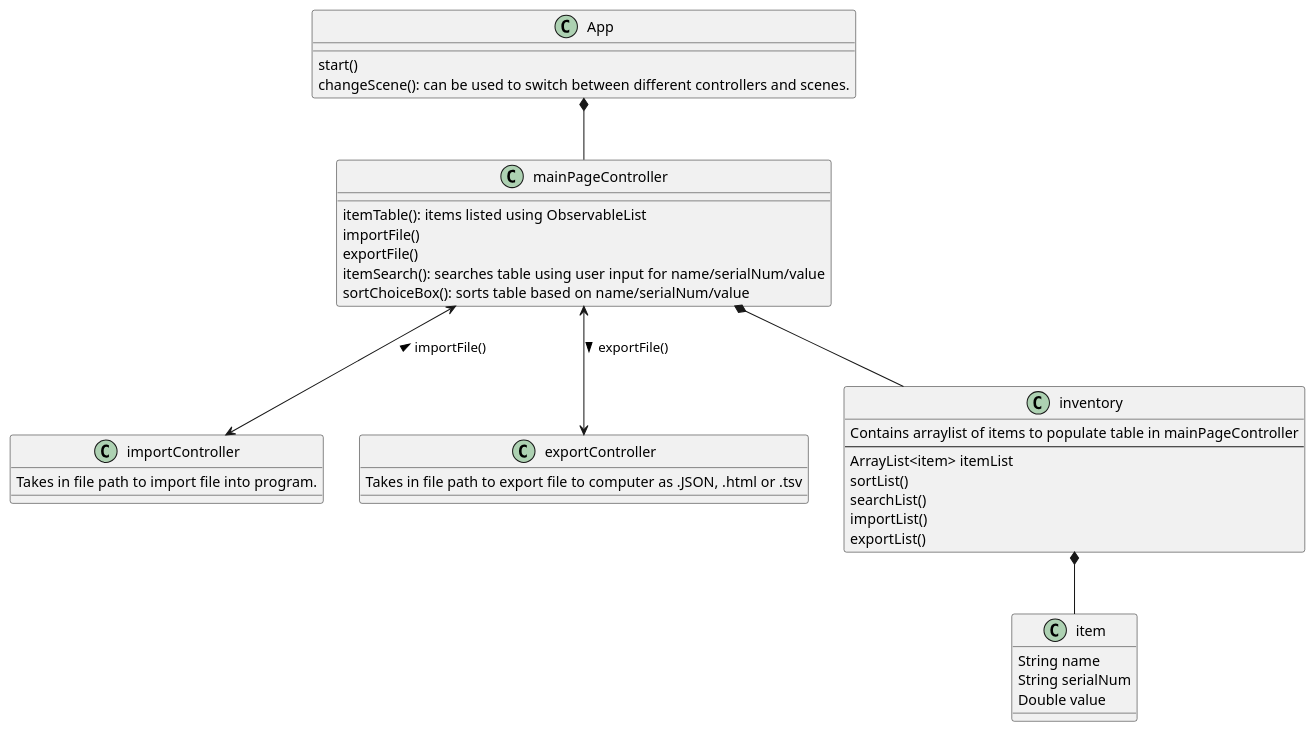
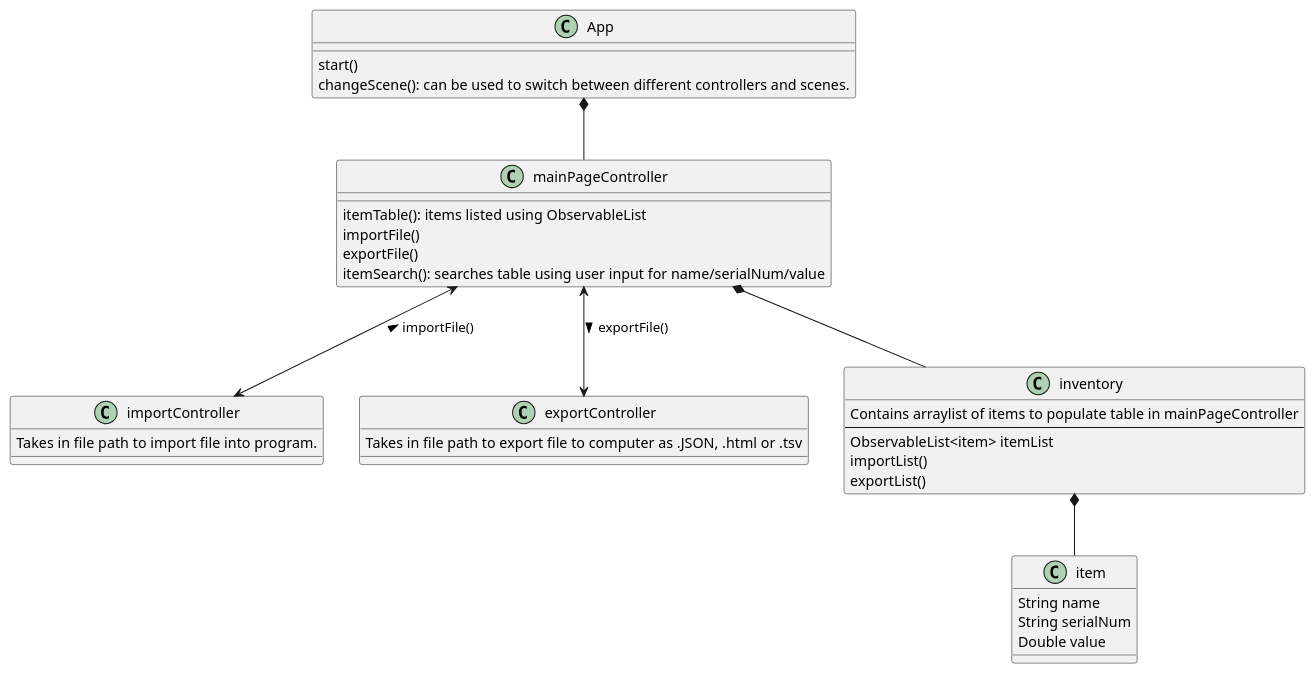
One commit to kh04p/phan-0479-a5 changed the diagram in src/uml/inventoryManagement.puml. Above: the diagram before and after it, drawn with PlantUML. The commit also changed 12 other files, not shown here.

```diff
--- a/src/uml/inventoryManagement.puml
+++ b/src/uml/inventoryManagement.puml
@@ -1,47 +1,44 @@
 @startuml
 class App {
 start()
 changeScene(): can be used to switch between different controllers and scenes.
 }
 
 App *-- mainPageController
 
 class mainPageController {
 itemTable(): items listed using ObservableList
 importFile()
 exportFile()
 itemSearch(): searches table using user input for name/serialNum/value
-sortChoiceBox(): sorts table based on name/serialNum/value
 }
 
 class importController {
 Takes in file path to import file into program.
 }
 
 class exportController {
 Takes in file path to export file to computer as .JSON, .html or .tsv
 }
 
 mainPageController <--> importController: importFile() <
 mainPageController <--> exportController: exportFile() >
 
 class item {
 String name
 String serialNum
 Double value
 }
 
 class inventory {
 Contains arraylist of items to populate table in mainPageController
 ---
-ArrayList<item> itemList
-sortList()
-searchList()
+ObservableList<item> itemList
 importList()
 exportList()
 }
 
 mainPageController *-- inventory
 inventory *-- item
 
 @enduml
```
